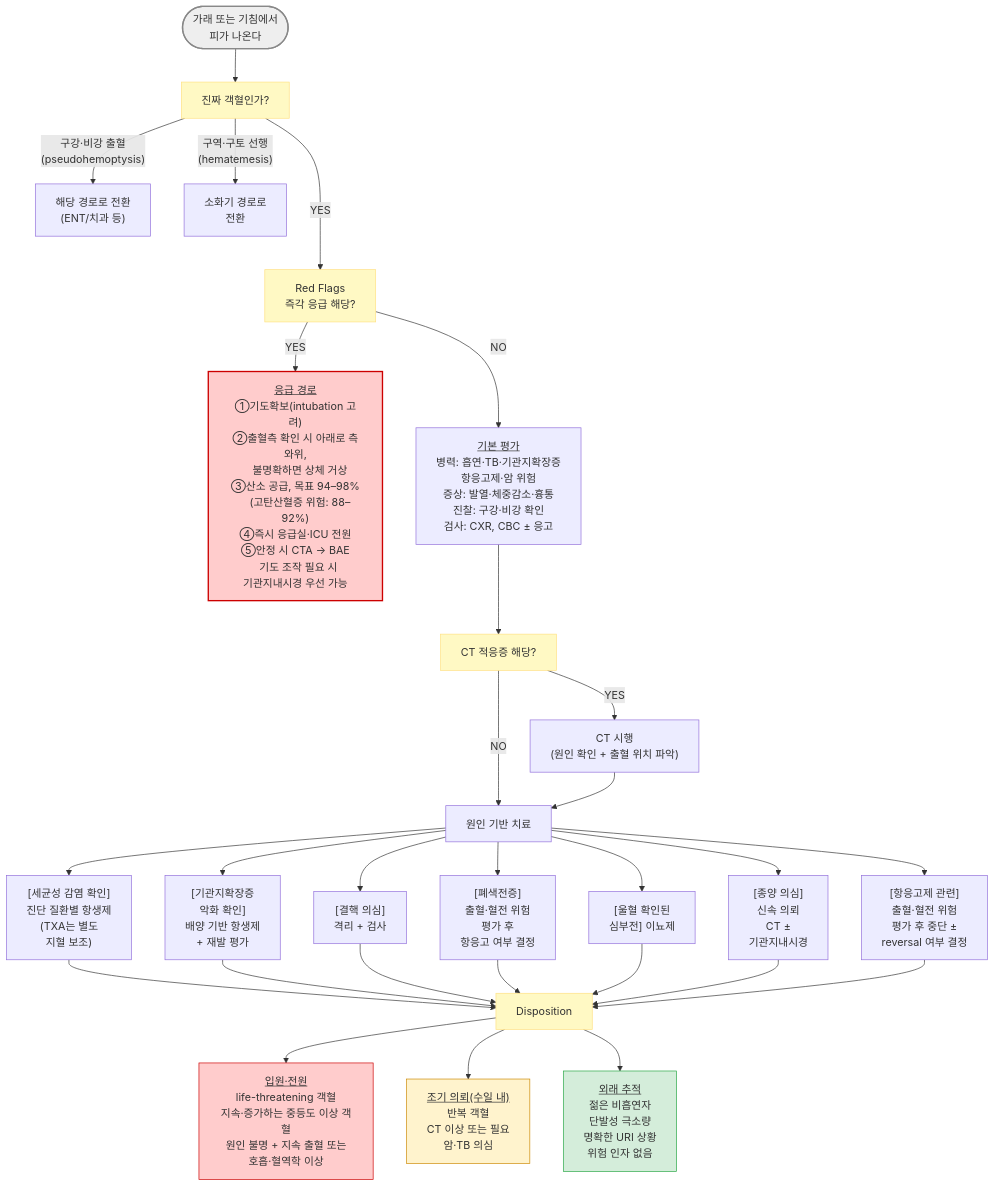
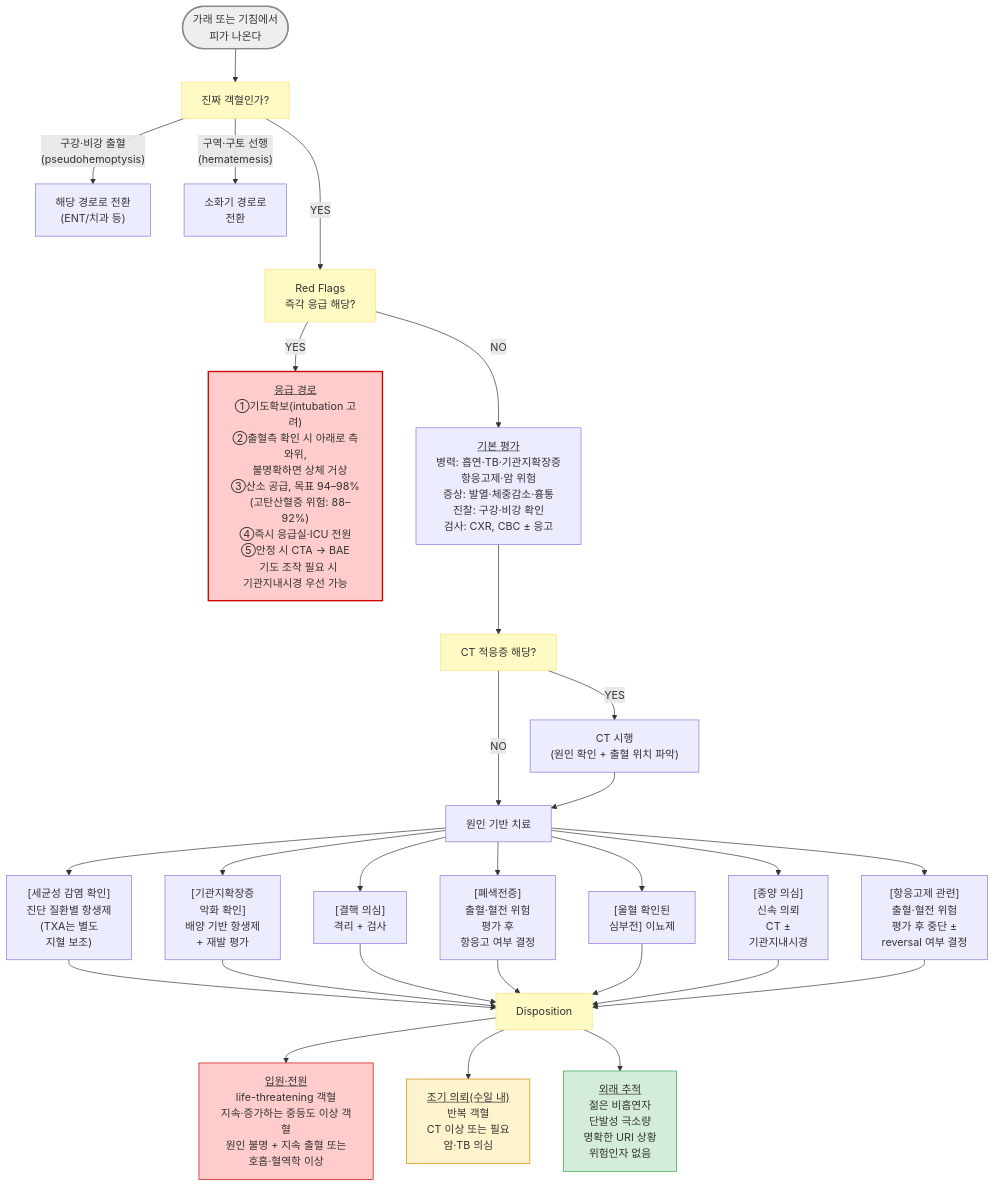
The diagram in 220_/008_-hemoptysis.md (familyoh77/familyoh77), drawn with Mermaid before and after one commit. The commit also changed other lines of this file and 16 other files, not shown here.

````diff
--- a/220_/008_-hemoptysis.md
+++ b/220_/008_-hemoptysis.md
@@ -103,37 +103,37 @@
 ```mermaid
 graph TD
     A(["가래 또는 기침에서 <br/>피가 나온다"]) --> B["진짜 객혈인가?"]
     B -- "구강·비강 출혈<br/>(pseudohemoptysis)" --> C["해당 경로로 전환<br/>(ENT/치과 등)"]
     B -- "구역·구토 선행<br/>(hematemesis)" --> D["소화기 경로로<br/> 전환"]
     B -- "YES" ---> E["Red Flags<br/>즉각 응급 해당?"]
     E -- "YES" --> F["<u>응급 경로</u><br/>①기도확보(intubation 고려)<br/>②출혈측 확인 시 아래로 측와위,<br/>   불명확하면 상체 거상<br/>③산소 공급, 목표 94–98%<br/>   (고탄산혈증 위험: 88–92%)<br/>④즉시 응급실·ICU 전원<br/>⑤안정 시 CTA → BAE<br/>   기도 조작 필요 시 <br/>기관지내시경 우선 가능"]
     E -- "NO" --> G["<u>기본 평가</u><br/>병력: 흡연·TB·기관지확장증<br/>항응고제·암 위험<br/>증상: 발열·체중감소·흉통<br/>진찰: 구강·비강 확인<br/>검사: CXR, CBC ± 응고"]
     G --> H["CT 적응증 해당?"]
     H -- "YES" --> I["CT 시행<br/>(원인 확인 + 출혈 위치 파악)"]
     H -- "NO" --> J["원인 기반 치료"]
     I --> J
     J --> J1["[세균성 감염 확인] <br/>진단 질환별 항생제<br/>(TXA는 별도 <br/>지혈 보조)"]
     J --> J2["[기관지확장증 <br/>악화 확인] <br/>배양 기반 항생제<br/>+ 재발 평가"]
     J --> J3["[결핵 의심] <br/>격리 + 검사"]
     J --> J4["[폐색전증] <br/>출혈·혈전 위험 <br/>평가 후<br/>항응고 여부 결정"]
     J --> J5["[울혈 확인된 <br/>심부전] 이뇨제"]
     J --> J6["[종양 의심] <br/>신속 의뢰<br/>CT ± <br/>기관지내시경"]
     J --> J7["[항응고제 관련] <br/>출혈·혈전 위험 <br/>평가 후 중단 ± <br/>reversal 여부 결정"]
     J1 & J2 & J3 & J4 & J5 & J6 & J7 --> K["Disposition"]
     K --> K1["<u>입원·전원</u><br/>life-threatening 객혈<br/>지속·증가하는 중등도 이상 객혈<br/>원인 불명 + 지속 출혈 또는<br/>호흡·혈역학 이상"]
     K --> K2["<u>조기 의뢰(수일 내)</u><br/>반복 객혈<br/>CT 이상 또는 필요<br/>암·TB 의심"]
-    K --> K3["<u>외래 추적</u><br/>젊은 비흡연자<br/>단발성 극소량<br/>명확한 URI 상황<br/>위험 인자 없음"]
+    K --> K3["<u>외래 추적</u><br/>젊은 비흡연자<br/>단발성 극소량<br/>명확한 URI 상황<br/>위험인자 없음"]
 
     classDef startNode fill:#eeeeee,stroke:#888888,stroke-width:2px
     classDef question fill:#fff9c4,stroke:#ffe082
     classDef emergency fill:#ffcccc,stroke:#cc0000,stroke-width:2px
     classDef admit fill:#ffcccc,stroke:#cc0000,stroke-width:1px
     classDef urgent fill:#fff3cd,stroke:#cc8800,stroke-width:1px
     classDef routine fill:#d4edda,stroke:#28a745,stroke-width:1px
     class A startNode
     class B,E,H,K question
     class F emergency
     class K1 admit
     class K2 urgent
     class K3 routine
 ```
````
